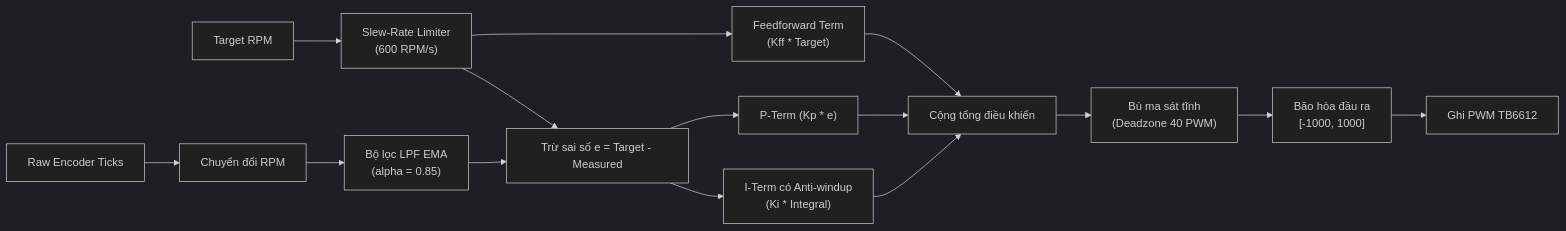
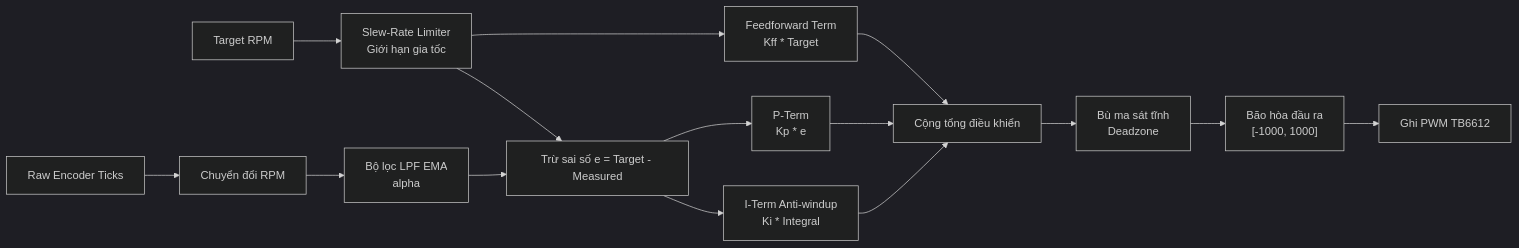
One commit to vuhpkt/agv changed the diagram in docs/control_theory.md. Above: the diagram before and after it, drawn with Mermaid (dark theme). The commit also changed other lines of this file and 5 other files, not shown here.

````diff
--- a/docs/control_theory.md
+++ b/docs/control_theory.md
@@ -30,18 +33,18 @@
 ```mermaid
 flowchart LR
-    A["Target RPM"] --> B["Slew-Rate Limiter<br/>(600 RPM/s)"]
-    B --> C["Feedforward Term<br/>(Kff * Target)"]
+    A["Target RPM"] --> B["Slew-Rate Limiter<br/>Giới hạn gia tốc"]
+    B --> C["Feedforward Term<br/>Kff * Target"]
     B --> D["Trừ sai số e = Target - Measured"]
-    D --> E["P-Term (Kp * e)"]
-    D --> F["I-Term có Anti-windup<br/>(Ki * Integral)"]
+    D --> E["P-Term<br/>Kp * e"]
+    D --> F["I-Term Anti-windup<br/>Ki * Integral"]
     C --> G["Cộng tổng điều khiển"]
     E --> G
     F --> G
-    G --> H["Bù ma sát tĩnh<br/>(Deadzone 40 PWM)"]
+    G --> H["Bù ma sát tĩnh<br/>Deadzone"]
     H --> I["Bão hòa đầu ra<br/>[-1000, 1000]"]
     I --> J["Ghi PWM TB6612"]
 
     K["Raw Encoder Ticks"] --> L["Chuyển đổi RPM"]
-    L --> M["Bộ lọc LPF EMA<br/>(alpha = 0.85)"]
+    L --> M["Bộ lọc LPF EMA<br/>alpha"]
     M --> D
 ```
````
